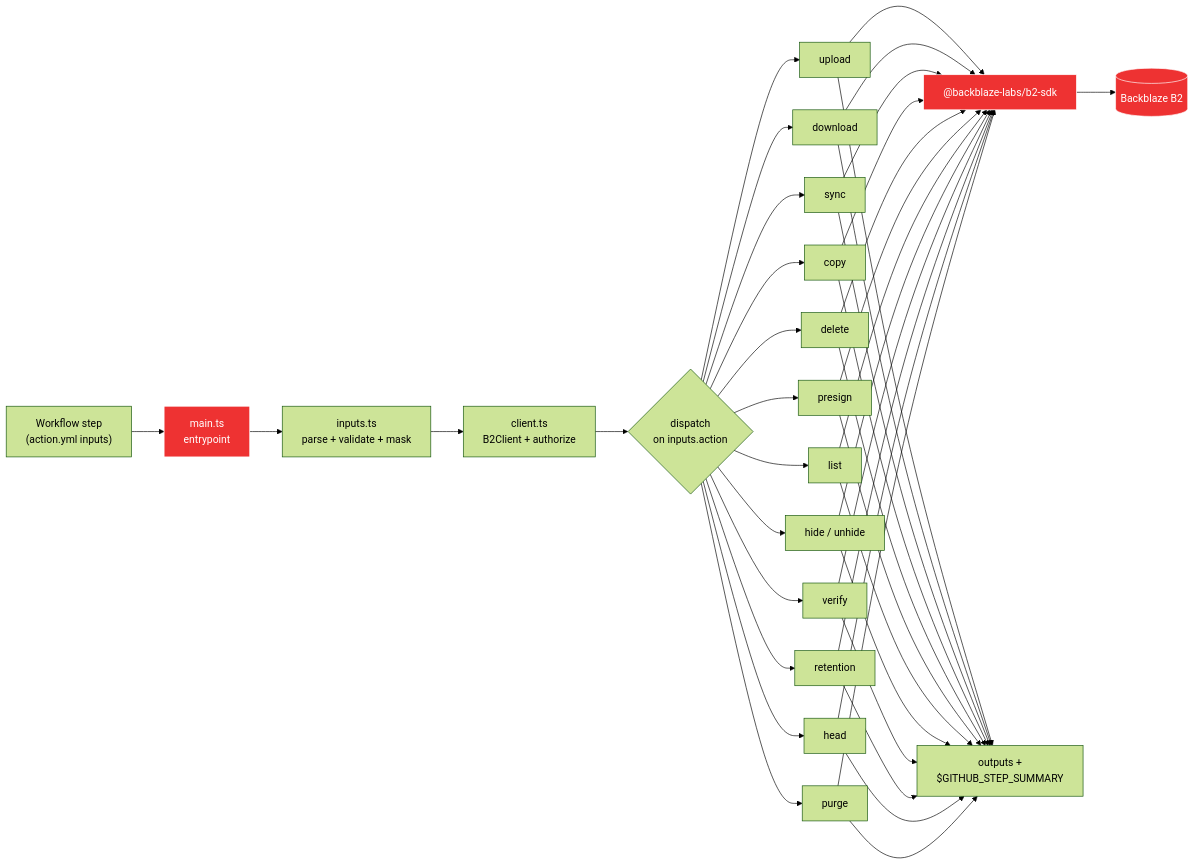
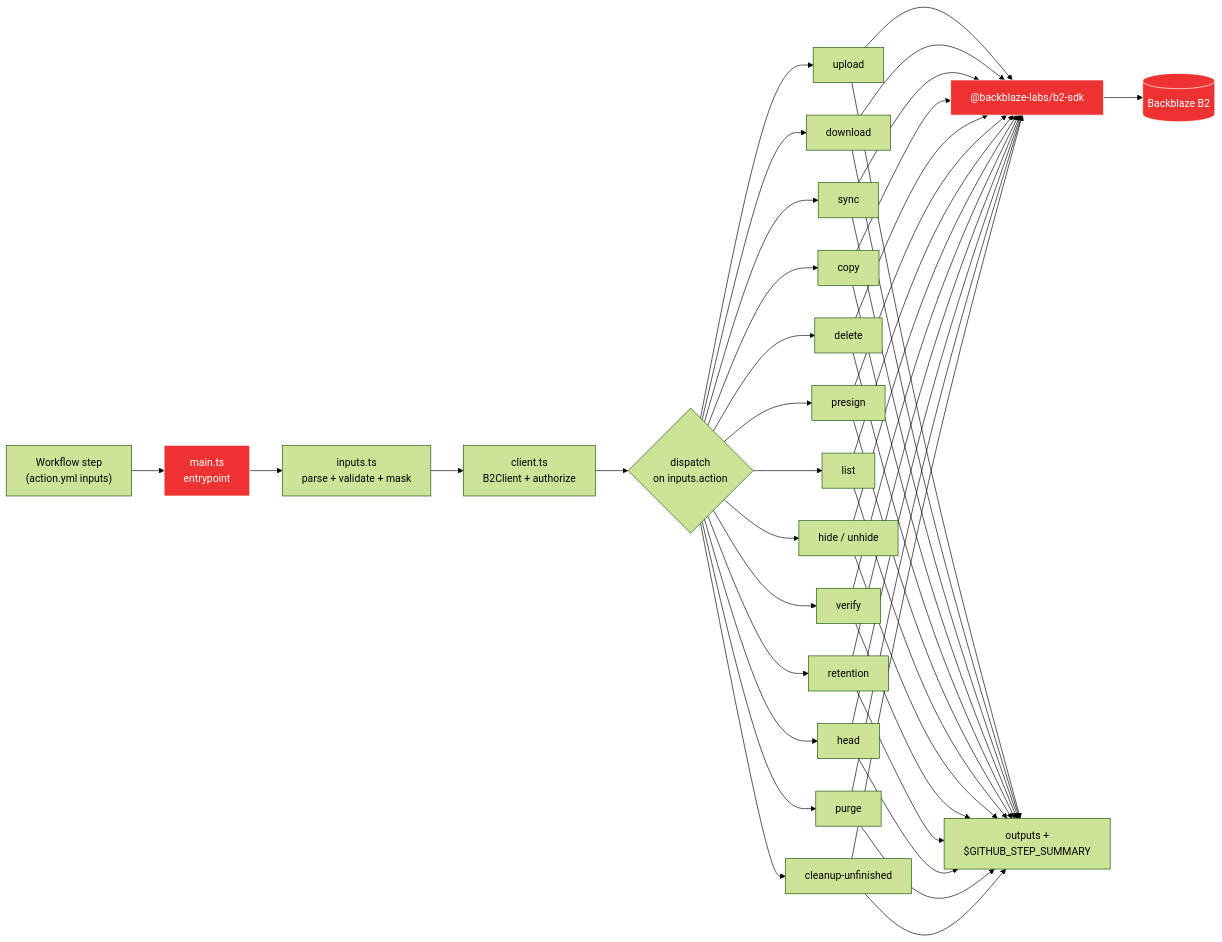
One commit to backblaze-labs/b2-action changed the diagram in DEVELOPMENT.md. Above: the diagram before and after it, drawn with Mermaid (forest theme). The commit also changed other lines of this file and 11 other files, not shown here.

Commit message:
feat: add cleanup unfinished uploads

````diff
--- a/DEVELOPMENT.md
+++ b/DEVELOPMENT.md
@@ -7,29 +7,30 @@
 ```mermaid
 flowchart LR
     WF["Workflow step<br/>(action.yml inputs)"] --> M["main.ts<br/>entrypoint"]
     M --> I["inputs.ts<br/>parse + validate + mask"]
     I --> C["client.ts<br/>B2Client + authorize"]
     C --> D{"dispatch<br/>on inputs.action"}
 
     D --> U["upload"]
     D --> Dn["download"]
     D --> S["sync"]
     D --> Cp["copy"]
     D --> Dl["delete"]
     D --> P["presign"]
     D --> L["list"]
     D --> H["hide / unhide"]
     D --> V["verify"]
     D --> R["retention"]
     D --> Hd["head"]
     D --> Pg["purge"]
+    D --> Cu["cleanup-unfinished"]
 
-    U & Dn & S & Cp & Dl & P & L & H & V & R & Hd & Pg --> SDK["@backblaze-labs/b2-sdk"]
+    U & Dn & S & Cp & Dl & P & L & H & V & R & Hd & Pg & Cu --> SDK["@backblaze-labs/b2-sdk"]
     SDK --> B2[("Backblaze B2")]
 
-    U & Dn & S & Cp & Dl & P & L & H & V & R & Hd & Pg --> O["outputs +<br/>$GITHUB_STEP_SUMMARY"]
+    U & Dn & S & Cp & Dl & P & L & H & V & R & Hd & Pg & Cu --> O["outputs +<br/>$GITHUB_STEP_SUMMARY"]
 
     style M fill:#EE3232,stroke:#fff,color:#fff
     style SDK fill:#EE3232,stroke:#fff,color:#fff
     style B2 fill:#EE3232,stroke:#fff,color:#fff
 ```
````
